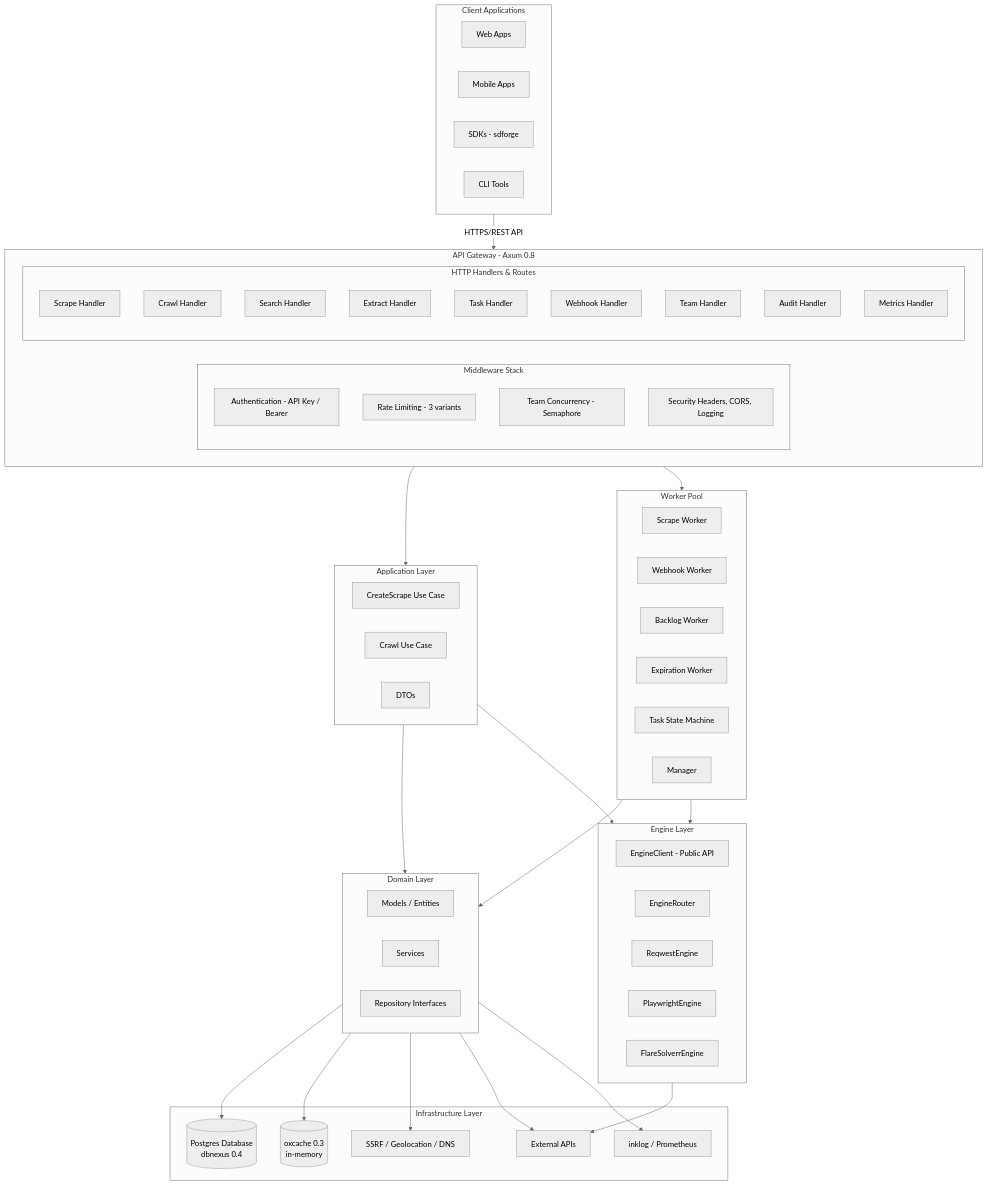
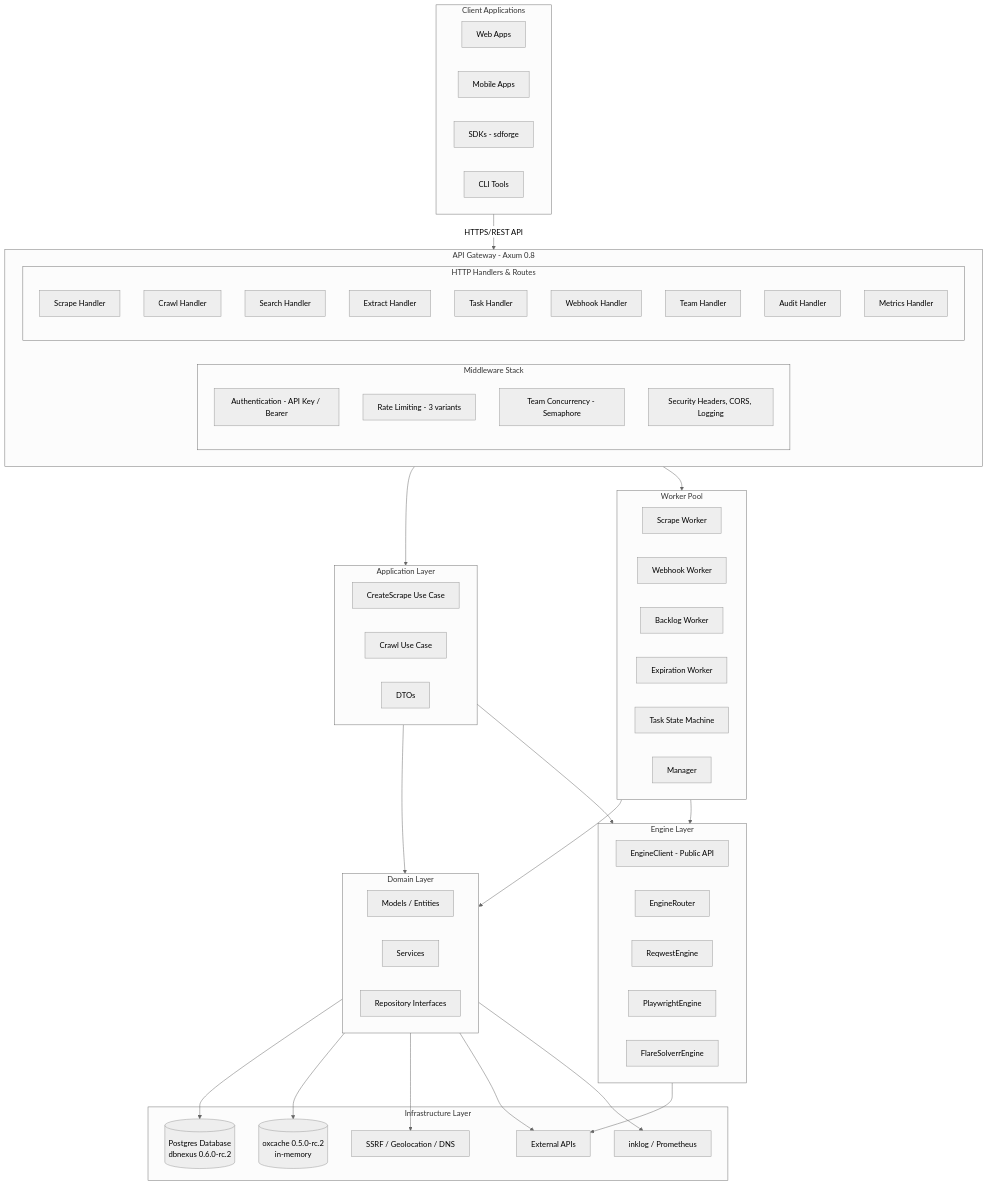
One commit to Kirky-X/crawlrs changed the first of 9 diagrams in docs/ARCHITECTURE.md. Above: the diagram before and after it, drawn with Mermaid (neutral theme). The commit also changed other lines of this file and 260 other files, not shown here.

````diff
--- a/docs/ARCHITECTURE.md
+++ b/docs/ARCHITECTURE.md
@@ -116,81 +116,81 @@
 ```mermaid
 flowchart TD
     subgraph Clients [Client Applications]
         C1[Web Apps]
         C2[Mobile Apps]
         C3[SDKs - sdforge]
         C4[CLI Tools]
     end
 
     subgraph API [API Gateway - Axum 0.8]
         subgraph Middleware [Middleware Stack]
             M1[Authentication - API Key / Bearer]
             M2[Rate Limiting - 3 variants]
             M3[Team Concurrency - Semaphore]
             M4[Security Headers, CORS, Logging]
         end
 
         subgraph Handlers [HTTP Handlers & Routes]
             H1[Scrape Handler]
             H2[Crawl Handler]
             H3[Search Handler]
             H4[Extract Handler]
             H5[Task Handler]
             H6[Webhook Handler]
             H7[Team Handler]
             H8[Audit Handler]
             H9[Metrics Handler]
         end
     end
 
     subgraph App [Application Layer]
         A1[CreateScrape Use Case]
         A2[Crawl Use Case]
         A3[DTOs]
     end
 
     subgraph Workers [Worker Pool]
         W1[Scrape Worker]
         W2[Webhook Worker]
         W3[Backlog Worker]
         W4[Expiration Worker]
         W5[Task State Machine]
         W6[Manager]
     end
 
     subgraph Domain [Domain Layer]
         D1[Models / Entities]
         D2[Services]
         D3[Repository Interfaces]
     end
 
     subgraph Engines [Engine Layer]
         E1[EngineClient - Public API]
         E2[EngineRouter]
         E3[ReqwestEngine]
         E4[PlaywrightEngine]
         E5[FlareSolverrEngine]
     end
 
     subgraph Infra [Infrastructure Layer]
-        DB[(Postgres Database<br/>dbnexus 0.4)]
-        RC[(oxcache 0.3<br/>in-memory)]
+        DB[(Postgres Database<br/>dbnexus 0.6.0-rc.2)]
+        RC[(oxcache 0.5.0-rc.2<br/>in-memory)]
         EXT[External APIs]
         MON[inklog / Prometheus]
         SEC[SSRF / Geolocation / DNS]
     end
 
     Clients -->|"HTTPS/REST API"| API
     API --> App
     API --> Workers
     App --> Domain
     Workers --> Domain
     Domain --> DB
     Domain --> RC
     Domain --> SEC
     Domain --> EXT
     Domain --> MON
     App --> Engines
     Workers --> Engines
     Engines --> EXT
 ```
````
